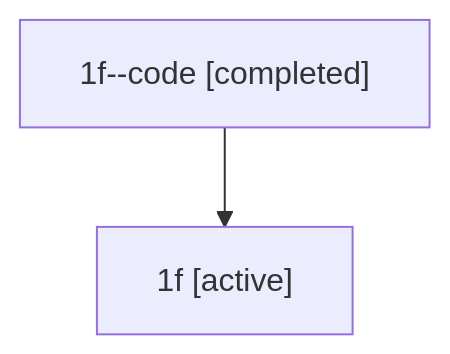
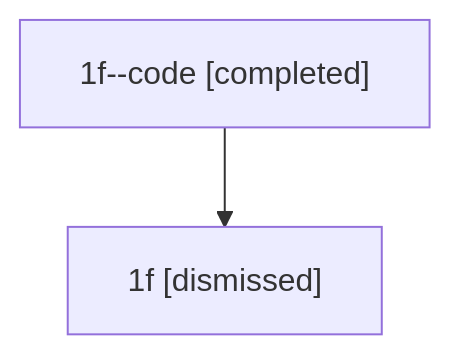
Before and after one commit to sase-org/sase--agents: the diagram in sessions/bbugyi200.athena.1f.md, drawn with Mermaid. The commit also changed other lines of this file and 18 other files, not shown here.

````diff
--- a/sessions/bbugyi200.athena.1f.md
+++ b/sessions/bbugyi200.athena.1f.md
@@ -9,6 +9,6 @@
 ```mermaid
 flowchart TD
   n0["1f--code [completed]"]
-  n1["1f [active]"]
+  n1["1f [dismissed]"]
   n0 --> n1
 ```
````
